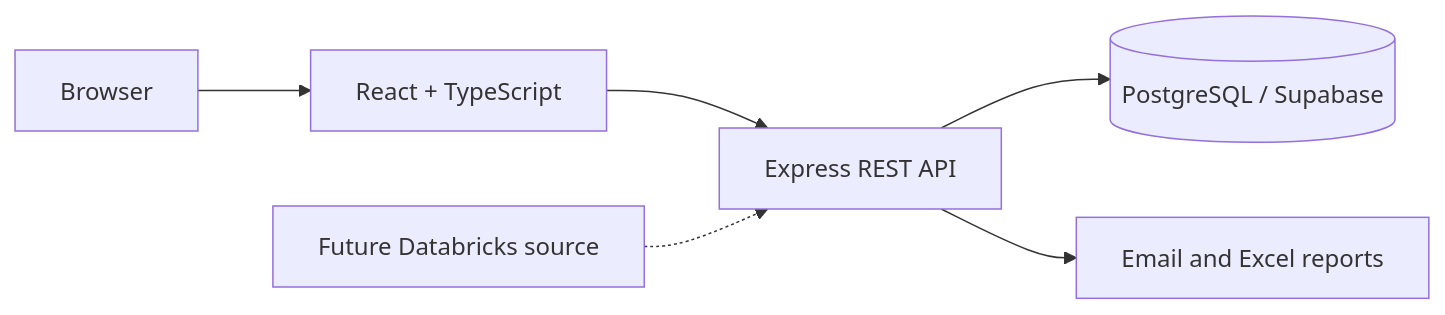
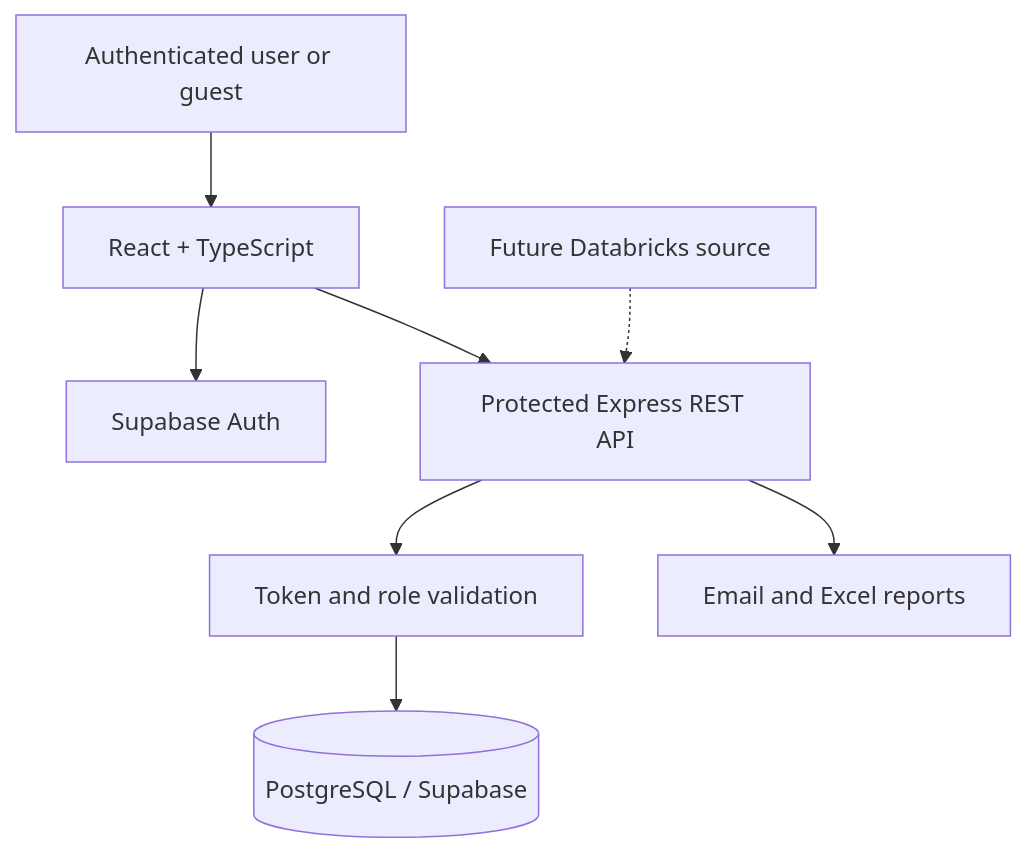
Before and after one commit to IsabelaKalid/marketops-control-tower: the diagram in README.md, drawn with Mermaid. The commit also changed other lines of this file, not shown here.

````diff
--- a/README.md
+++ b/README.md
@@ -72,8 +78,10 @@
 ```mermaid
-flowchart LR
-    U["Browser"] --> F["React + TypeScript"]
-    F --> A["Express REST API"]
-    A --> P[("PostgreSQL / Supabase")]
+flowchart TD
+    U["Authenticated user or guest"] --> F["React + TypeScript"]
+    F --> S["Supabase Auth"]
+    F --> A["Protected Express REST API"]
+    A --> V["Token and role validation"]
+    V --> P[("PostgreSQL / Supabase")]
     A --> E["Email and Excel reports"]
     D["Future Databricks source"] -.-> A
 ```
````
